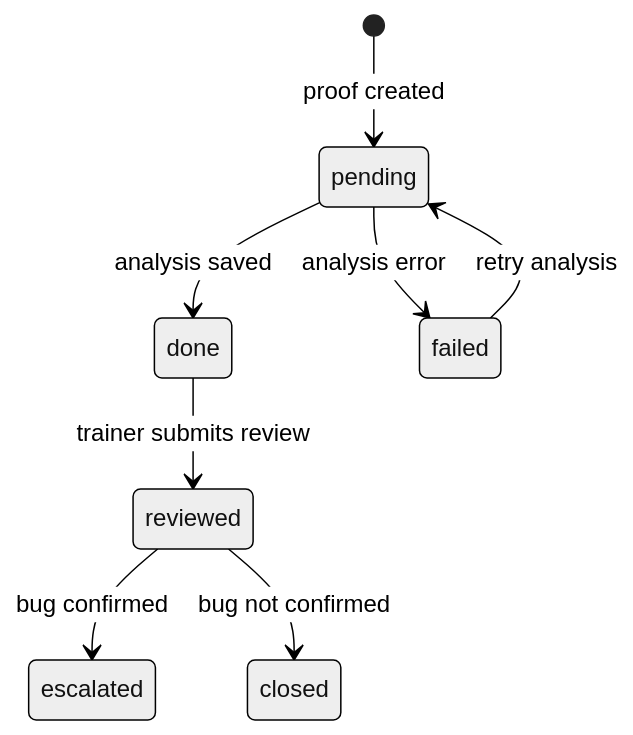
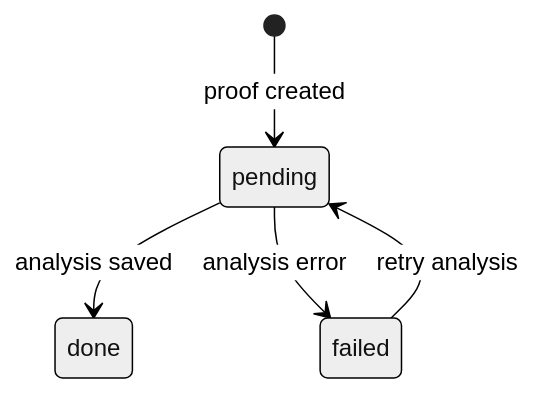
The third of 3 diagrams in docs/diagrams/06_state_diagrams.md (samaltion114-netizen/Senior_project), drawn with Mermaid (neutral theme) before and after one commit. The commit also changed 27 other files, not shown here.

````diff
--- a/docs/diagrams/06_state_diagrams.md
+++ b/docs/diagrams/06_state_diagrams.md
@@ -21,10 +21,7 @@
 ```mermaid
 stateDiagram-v2
   [*] --> pending: proof created
   pending --> done: analysis saved
   pending --> failed: analysis error
-  done --> reviewed: trainer submits review
-  reviewed --> escalated: bug confirmed
-  reviewed --> closed: bug not confirmed
   failed --> pending: retry analysis
 ```
````
